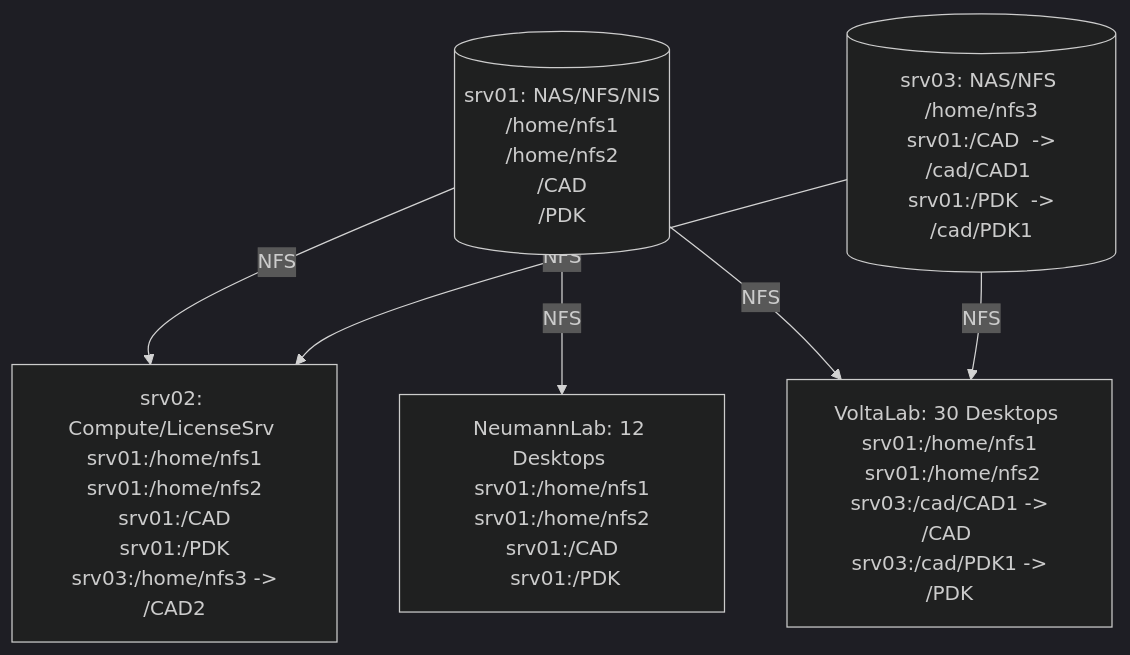
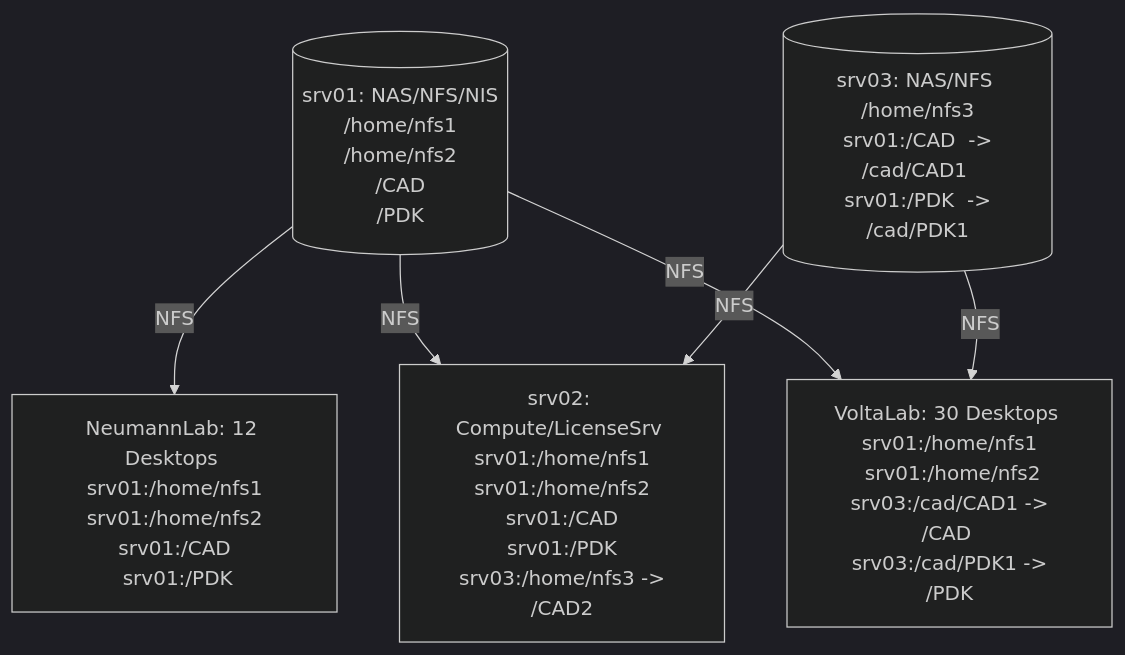
One commit to silicon-vlsi/silicon-vlsi.github.io changed the diagram in wiki/wiki-it.md. Above: the diagram before and after it, drawn with Mermaid (dark theme). The commit also changed other lines of this file, not shown here.

````diff
--- a/wiki/wiki-it.md
+++ b/wiki/wiki-it.md
@@ -1287,21 +1287,21 @@
 ```mermaid
 
 graph TD;
 
   srv01[(srv01: NAS/NFS/NIS <br/> /home/nfs1 <br/> /home/nfs2 <br/> /CAD <br/> /PDK)];
 
   srv03[(srv03: NAS/NFS <br/> /home/nfs3 <br/> srv01:/CAD  -> /cad/CAD1 <br/> srv01:/PDK  -> /cad/PDK1)];
 
   srv02[ srv02: Compute/LicenseSrv <br/> srv01:/home/nfs1 <br/> srv01:/home/nfs2 <br/> srv01:/CAD <br/> srv01:/PDK <br/> srv03:/home/nfs3 -> /CAD2 ];
 
   voltaLab[VoltaLab: 30 Desktops <br/> srv01:/home/nfs1 <br/>  srv01:/home/nfs2 <br/> srv03:/cad/CAD1 -> /CAD <br/> srv03:/cad/PDK1 -> /PDK ];
 
   neumannLab[NeumannLab: 12 Desktops <br/> srv01:/home/nfs1 <br/> srv01:/home/nfs2 <br/> srv01:/CAD <br/> srv01:/PDK ];
 
+  srv01 --NFS--> neumannLab;
   srv01 --NFS--> srv02;
-  srv01 --NFS--> neumannLab;
   srv01 --NFS--> voltaLab;
   srv03 --NFS--> voltaLab;
   srv03 --NFS--> srv02;
   
 ```
````
